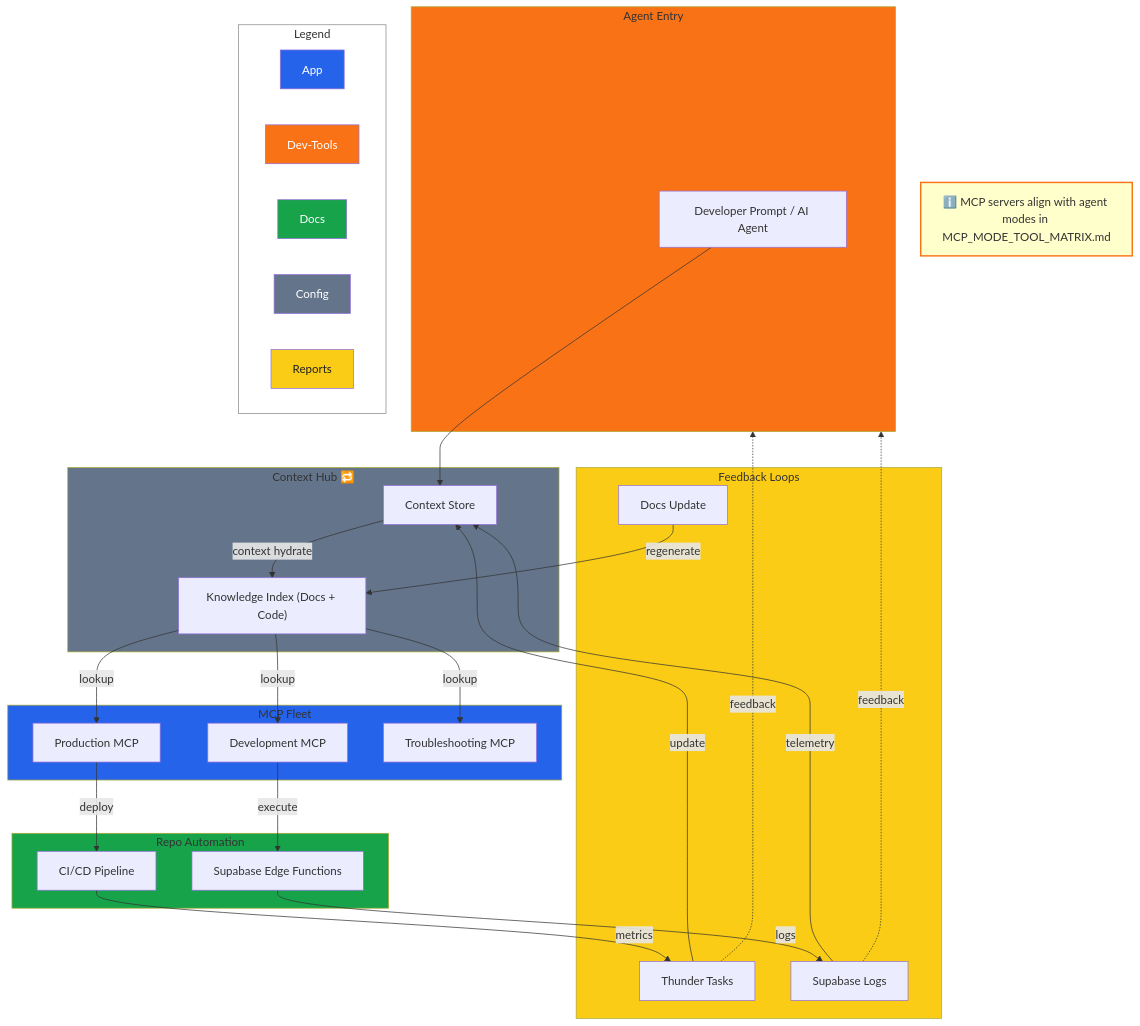
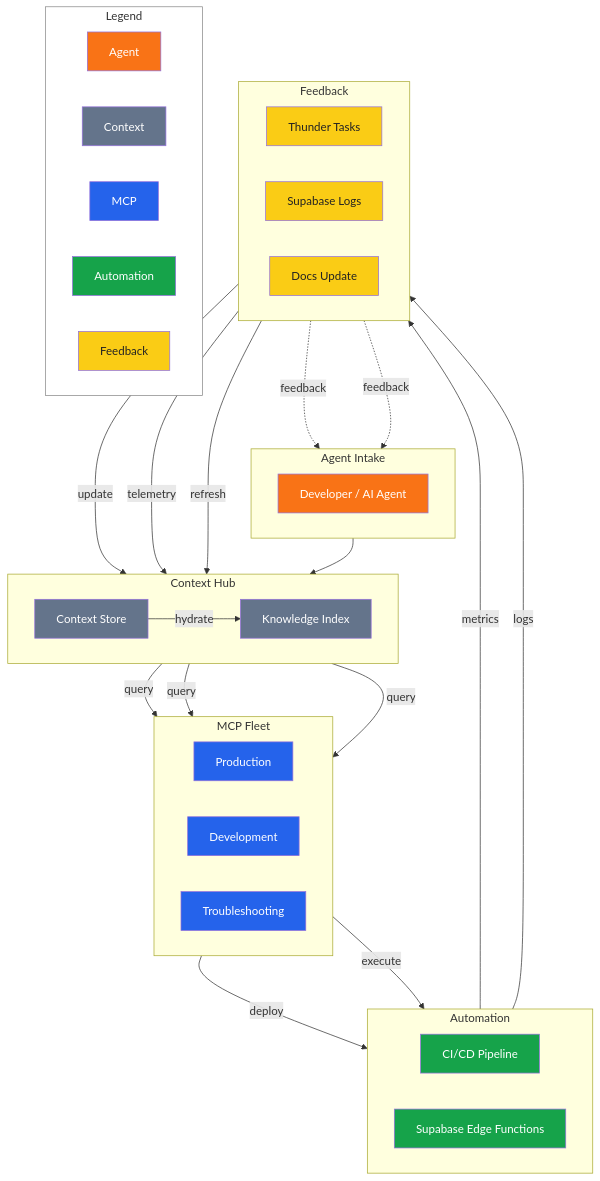
The diagram in docs/diagrams/tooling/workspace-architecture.mmd (Alextorelli/ProspectPro), drawn with Mermaid before and after one commit. The commit also changed 16 other files, not shown here.

Commit message:
docs: update diagrams and manifest, regenerate documentation assets, and refine workspace checklist

```diff
--- a/docs/diagrams/tooling/workspace-architecture.mmd
+++ b/docs/diagrams/tooling/workspace-architecture.mmd
@@ -1,68 +1,71 @@
 %% Workspace Architecture (Merged)
 %% accTitle: Workspace Architecture
-%% accDescr: AI agent entry through context hub, MCP fleet, repo automation, and feedback loops with directional annotations
-%% Palette: app #2563eb, dev-tools #f97316, docs #16a34a, config #64748b, reports #facc15
+%% accDescr: Top-down flow from agent intake through context, MCP fleet, automation, and feedback loops
+%% Palette: agent #f97316, context #64748b, mcp #2563eb, automation #16a34a, feedback #facc15
 flowchart TD
-  subgraph AGENTS["Agent Entry"]
-    A1["Developer Prompt / AI Agent"]
-    style AGENTS fill:#f97316
+  subgraph AgentsLayer["Agent Intake"]
+    direction LR
+    AgentEntry["Developer / AI Agent"]:::agent
   end
-  subgraph CONTEXT["Context Hub 🔁"]
-    C1["Context Store"]
-    C2["Knowledge Index (Docs + Code)"]
-    style CONTEXT fill:#64748b
+
+  subgraph ContextLayer["Context Hub"]
+    direction LR
+    ContextStore["Context Store"]:::context
+    KnowledgeIndex["Knowledge Index"]:::context
   end
-  subgraph MCP["MCP Fleet"]
-    M1["Production MCP"]
-    M2["Development MCP"]
-    M3["Troubleshooting MCP"]
-    style MCP fill:#2563eb
+
+  subgraph MCPLayer["MCP Fleet"]
+    direction LR
+    ProductionMCP["Production"]:::mcp
+    DevelopmentMCP["Development"]:::mcp
+    TroubleshootingMCP["Troubleshooting"]:::mcp
   end
-  subgraph REPO["Repo Automation"]
-    R1["CI/CD Pipeline"]
-    R2["Supabase Edge Functions"]
-    style REPO fill:#16a34a
+
+  subgraph AutomationLayer["Automation"]
+    direction LR
+    CICD["CI/CD Pipeline"]:::automation
+    EdgeFunctions["Supabase Edge Functions"]:::automation
   end
-  subgraph FEEDBACK["Feedback Loops"]
-    F1["Thunder Tasks"]
-    F2["Supabase Logs"]
-    F3["Docs Update"]
-    style FEEDBACK fill:#facc15
+
+  subgraph FeedbackLayer["Feedback"]
+    direction LR
+    ThunderTasks["Thunder Tasks"]:::feedback
+    SupabaseLogs["Supabase Logs"]:::feedback
+    DocsUpdate["Docs Update"]:::feedback
   end
-  A1 --> C1
-  C1 -->|"context hydrate"| C2
-  C2 -->|"lookup"| M1
-  C2 -->|"lookup"| M2
-  C2 -->|"lookup"| M3
-  M1 -->|"deploy"| R1
-  M2 -->|"execute"| R2
-  R1 -->|"metrics"| F1
-  R2 -->|"logs"| F2
-  F1 -->|"update"| C1
-  F2 -->|"telemetry"| C1
-  F3 -->|"regenerate"| C2
-  F1 -.->|"feedback"| AGENTS
-  F2 -.->|"feedback"| AGENTS
-  classDef app fill:#2563eb;
-  classDef devtools fill:#f97316;
-  classDef docs fill:#16a34a;
-  classDef config fill:#64748b;
-  classDef reports fill:#facc15;
-  %% Legend
-  subgraph LEGEND["Legend"]
+
+  AgentEntry --> ContextStore
+  ContextStore -->|"hydrate"| KnowledgeIndex
+  KnowledgeIndex -->|"query"| ProductionMCP
+  KnowledgeIndex -->|"query"| DevelopmentMCP
+  KnowledgeIndex -->|"query"| TroubleshootingMCP
+  ProductionMCP -->|"deploy"| CICD
+  DevelopmentMCP -->|"execute"| EdgeFunctions
+  CICD -->|"metrics"| ThunderTasks
+  EdgeFunctions -->|"logs"| SupabaseLogs
+  ThunderTasks -->|"update"| ContextStore
+  SupabaseLogs -->|"telemetry"| ContextStore
+  DocsUpdate -->|"refresh"| KnowledgeIndex
+  ThunderTasks -.->|"feedback"| AgentEntry
+  SupabaseLogs -.->|"feedback"| AgentEntry
+
+  classDef agent fill:#f97316,color:#fff;
+  classDef context fill:#64748b,color:#fff;
+  classDef mcp fill:#2563eb,color:#fff;
+  classDef automation fill:#16a34a,color:#fff;
+  classDef feedback fill:#facc15,color:#222;
+
+  subgraph Legend["Legend"]
     direction LR
-    L1["App"]
-    L2["Dev-Tools"]
-    L3["Docs"]
-    L4["Config"]
-    L5["Reports"]
-    style LEGEND fill:#fff,stroke:#888,stroke-width:1px
-    style L1 fill:#2563eb,color:#fff
-    style L2 fill:#f97316,color:#fff
-    style L3 fill:#16a34a,color:#fff
-    style L4 fill:#64748b,color:#fff
+    L1["Agent"]
+    L2["Context"]
+    L3["MCP"]
+    L4["Automation"]
+    L5["Feedback"]
+    style Legend fill:#fff,stroke:#888,stroke-width:1px
+    style L1 fill:#f97316,color:#fff
+    style L2 fill:#64748b,color:#fff
+    style L3 fill:#2563eb,color:#fff
+    style L4 fill:#16a34a,color:#fff
     style L5 fill:#facc15,color:#222
   end
-  %% Callout
-  CALLOUT["ℹ️ MCP servers align with agent modes in MCP_MODE_TOOL_MATRIX.md"]
-  style CALLOUT fill:#ffffcc,color:#333,stroke:#f97316,stroke-width:2px
```
